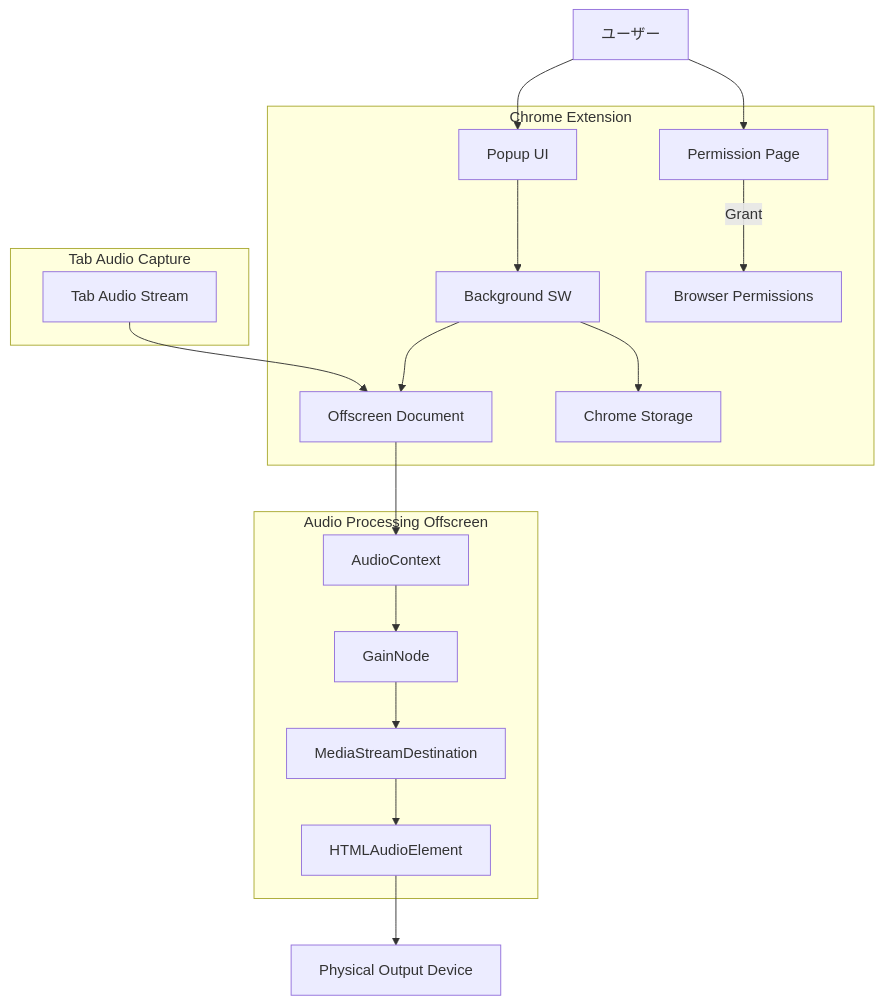
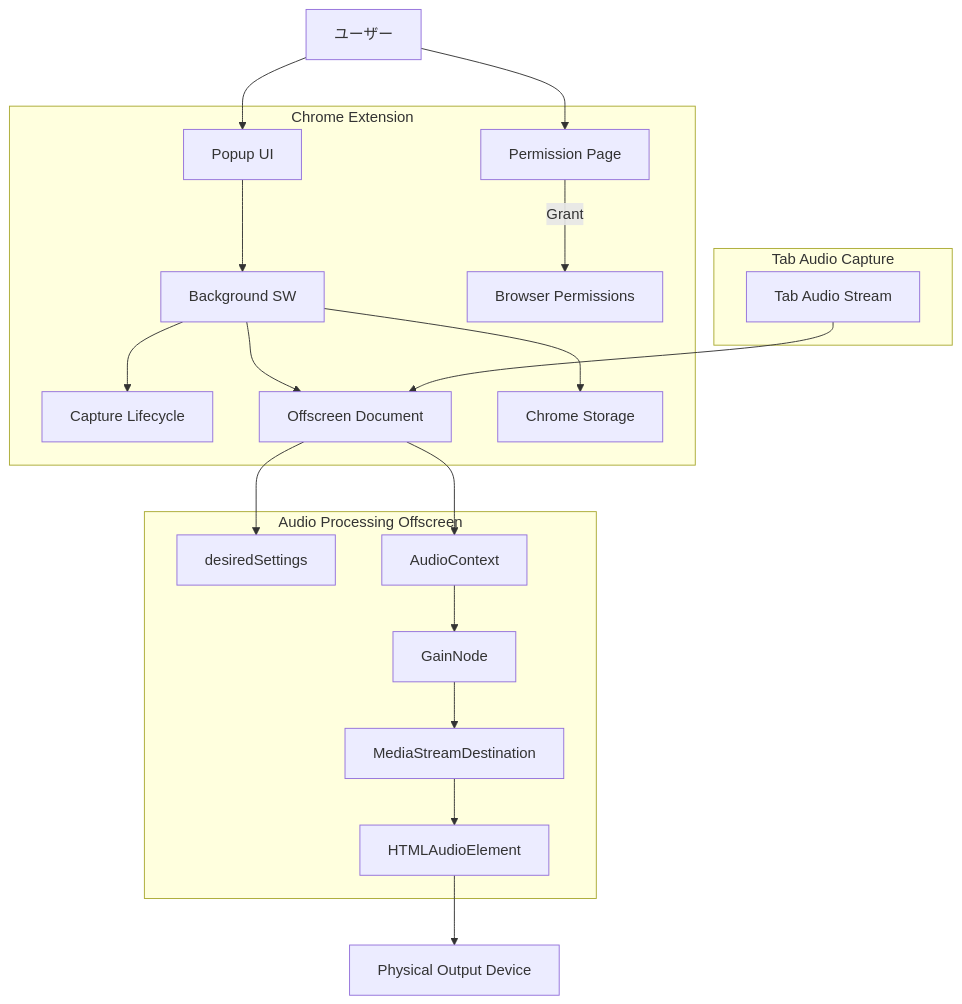
The diagram in docs/basic_design.md (colorfulclover/tab-output-audio-selector), drawn with Mermaid before and after one commit. The commit also changed other lines of this file and 9 other files, not shown here.

````diff
--- a/docs/basic_design.md
+++ b/docs/basic_design.md
@@ -7,25 +7,27 @@
 ```mermaid
 graph TD
     User[ユーザー] --> Popup[Popup UI]
     User --> PermissionPage[Permission Page]
     
     subgraph Chrome Extension
         Popup --> Background[Background SW]
+        Background --> Lifecycle[Capture Lifecycle]
         Background --> Offscreen[Offscreen Document]
         Background --> Storage[Chrome Storage]
         PermissionPage -- Grant --> Browser[Browser Permissions]
     end
     
     subgraph Tab Audio Capture
         TabAudio[Tab Audio Stream] --> Offscreen
     end
     
     subgraph AudioProcessing [Audio Processing Offscreen]
+        Offscreen --> Desired[desiredSettings]
         Offscreen --> AudioCtx[AudioContext]
         AudioCtx --> Gain[GainNode]
         Gain --> Dest[MediaStreamDestination]
         Dest --> AudioEl[HTMLAudioElement]
     end
     
     AudioEl --> OutputDevice[Physical Output Device]
 ```
````
